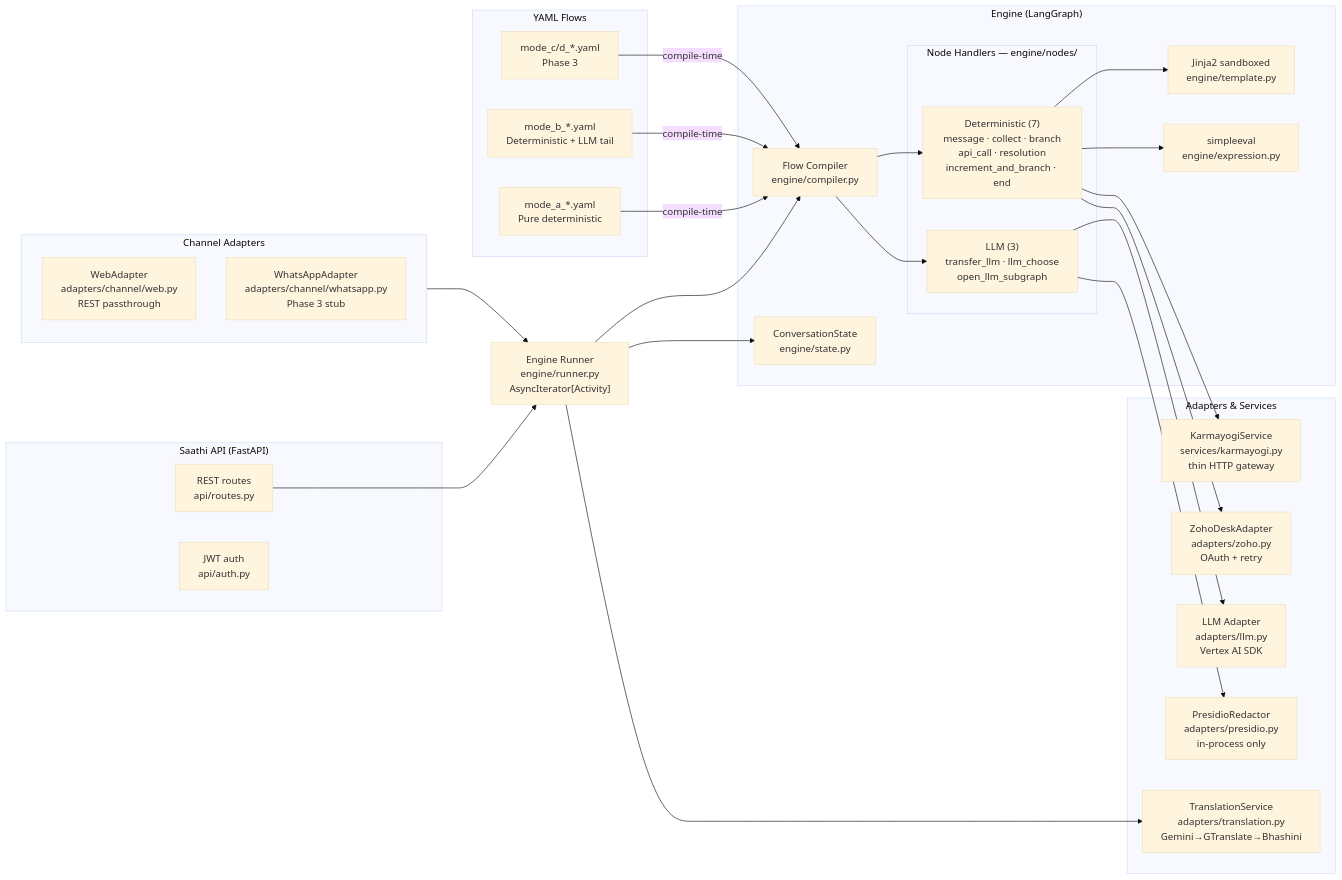
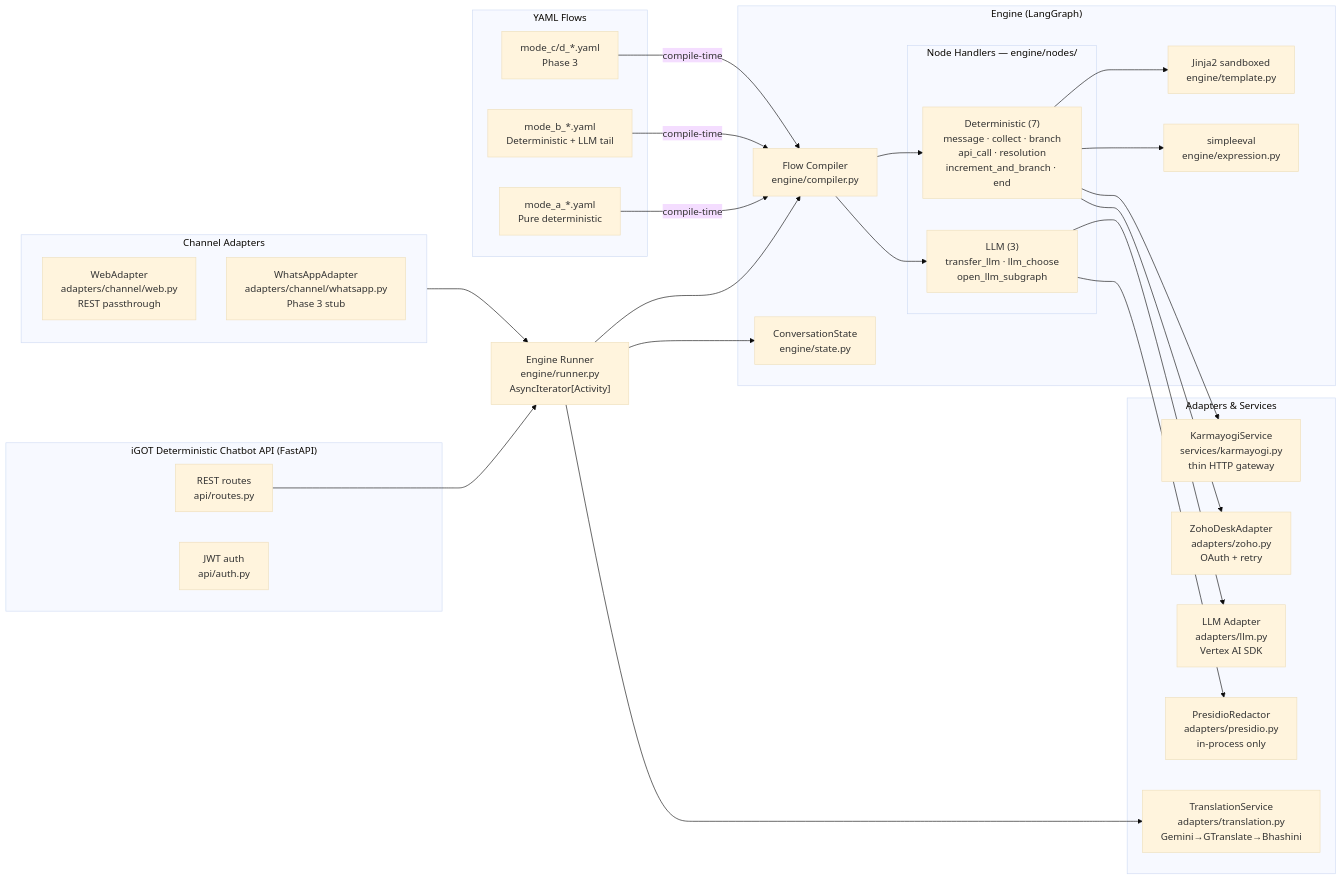
The second of 11 diagrams in docs/DESIGN.md (KB-iGOT/deterministic-chatbot), drawn with Mermaid (base theme) before and after one commit. The commit also changed other lines of this file and 29 other files, not shown here.

First line of the commit message:
Rename project from Saathi to iGOT Deterministic Chatbot

````diff
--- a/docs/DESIGN.md
+++ b/docs/DESIGN.md
@@ -85,49 +85,49 @@
 ```mermaid
 graph LR
-    subgraph API["Saathi API (FastAPI)"]
+    subgraph API["iGOT Deterministic Chatbot API (FastAPI)"]
         Routes["REST routes<br/>api/routes.py"]
         Auth["JWT auth<br/>api/auth.py"]
     end
 
     subgraph Engine["Engine (LangGraph)"]
         Compiler["Flow Compiler<br/>engine/compiler.py"]
         State["ConversationState<br/>engine/state.py"]
         subgraph Nodes["Node Handlers — engine/nodes/"]
             Det["Deterministic (7)<br/>message · collect · branch<br/>api_call · resolution<br/>increment_and_branch · end"]
             LLMNodes["LLM (3)<br/>transfer_llm · llm_choose<br/>open_llm_subgraph"]
         end
         Tmpl["Jinja2 sandboxed<br/>engine/template.py"]
         Expr["simpleeval<br/>engine/expression.py"]
     end
 
     subgraph Adapters["Adapters & Services"]
         KarmayogiSvc["KarmayogiService<br/>services/karmayogi.py<br/>thin HTTP gateway"]
         ZohoAdp["ZohoDeskAdapter<br/>adapters/zoho.py<br/>OAuth + retry"]
         LLMAdp["LLM Adapter<br/>adapters/llm.py<br/>Vertex AI SDK"]
         Presidio["PresidioRedactor<br/>adapters/presidio.py<br/>in-process only"]
         TrSvc["TranslationService<br/>adapters/translation.py<br/>Gemini→GTranslate→Bhashini"]
     end
 
     subgraph ChannelAdapters["Channel Adapters"]
         WebAdp["WebAdapter<br/>adapters/channel/web.py<br/>REST passthrough"]
         WAAdp["WhatsAppAdapter<br/>adapters/channel/whatsapp.py<br/>Phase 3 stub"]
     end
 
     subgraph Flows["YAML Flows"]
         FA["mode_a_*.yaml<br/>Pure deterministic"]
         FB["mode_b_*.yaml<br/>Deterministic + LLM tail"]
         FCD["mode_c/d_*.yaml<br/>Phase 3"]
     end
 
     Runner["Engine Runner<br/>engine/runner.py<br/>AsyncIterator[Activity]"]
 
     Routes --> Runner
     Runner --> Compiler
     Runner --> State
     Runner --> TrSvc
     ChannelAdapters --> Runner
     FA & FB & FCD -->|compile-time| Compiler
     Compiler --> Det & LLMNodes
     Det --> KarmayogiSvc & ZohoAdp & Tmpl & Expr
     LLMNodes --> LLMAdp & Presidio
 ```
````
